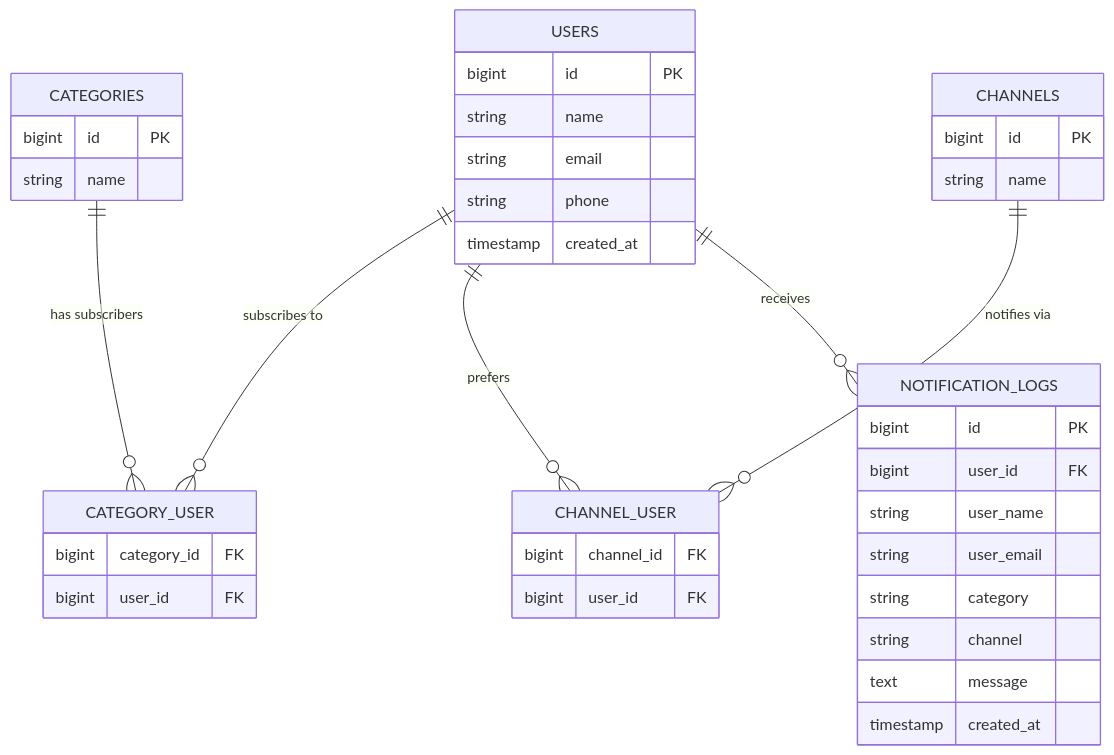
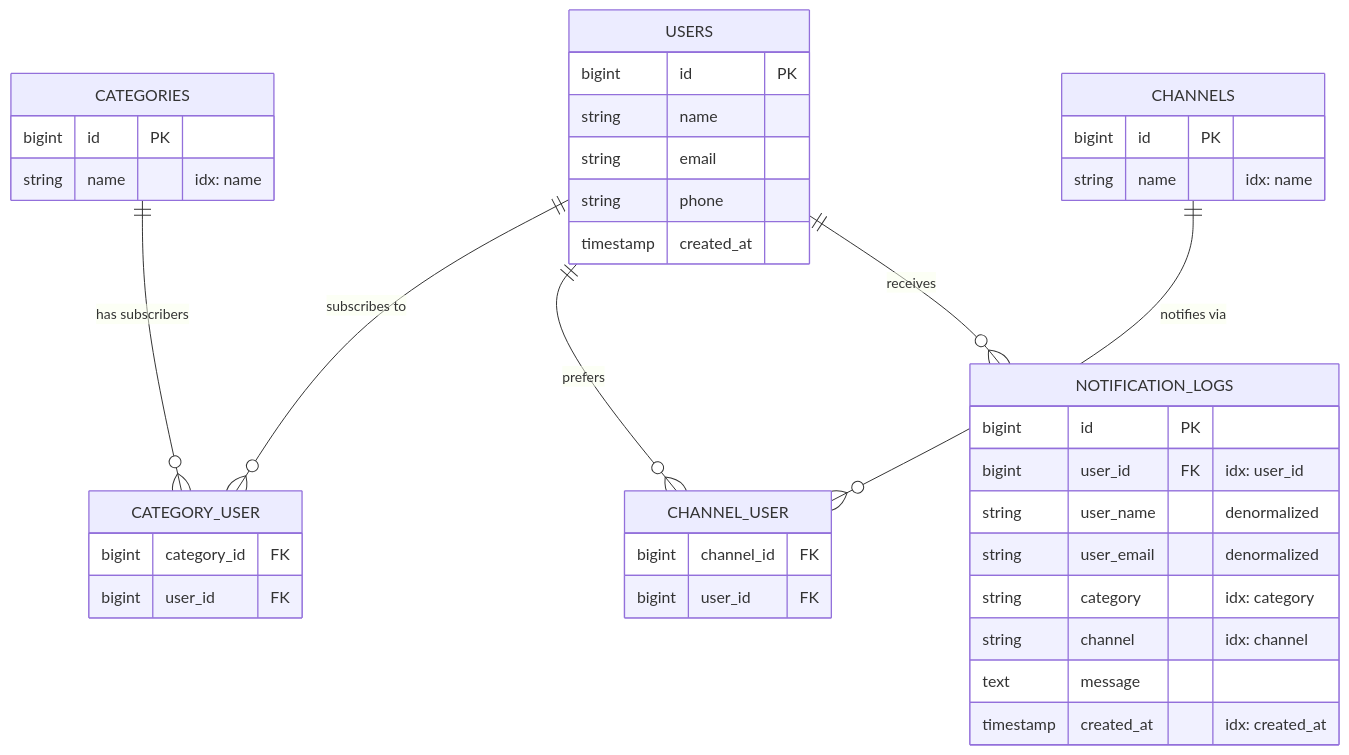
Before and after one commit to escoffie/escoffienews: the second of 2 diagrams in docs/architecture.md, drawn with Mermaid. The commit also changed other lines of this file and 5 other files, not shown here.

````diff
--- a/docs/architecture.md
+++ b/docs/architecture.md
@@ -5,49 +50,49 @@
 ```mermaid
 erDiagram
     USERS ||--o{ CATEGORY_USER : "subscribes to"
     CATEGORIES ||--o{ CATEGORY_USER : "has subscribers"
-    
+
     USERS ||--o{ CHANNEL_USER : "prefers"
     CHANNELS ||--o{ CHANNEL_USER : "notifies via"
-    
+
     USERS ||--o{ NOTIFICATION_LOGS : "receives"
 
     USERS {
         bigint id PK
         string name
         string email
         string phone
         timestamp created_at
     }
 
     CATEGORIES {
         bigint id PK
-        string name
+        string name "idx: name"
     }
 
     CHANNELS {
         bigint id PK
-        string name
+        string name "idx: name"
     }
 
     CATEGORY_USER {
         bigint category_id FK
         bigint user_id FK
     }
 
     CHANNEL_USER {
         bigint channel_id FK
         bigint user_id FK
     }
 
     NOTIFICATION_LOGS {
         bigint id PK
-        bigint user_id FK
-        string user_name
-        string user_email
-        string category
-        string channel
+        bigint user_id FK "idx: user_id"
+        string user_name "denormalized"
+        string user_email "denormalized"
+        string category "idx: category"
+        string channel "idx: channel"
         text message
-        timestamp created_at
+        timestamp created_at "idx: created_at"
     }
 ```
````
